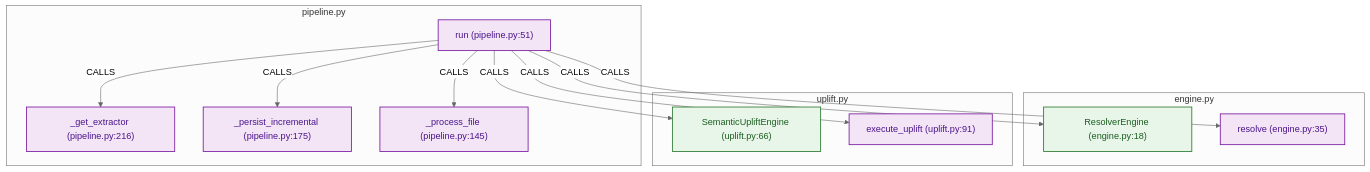
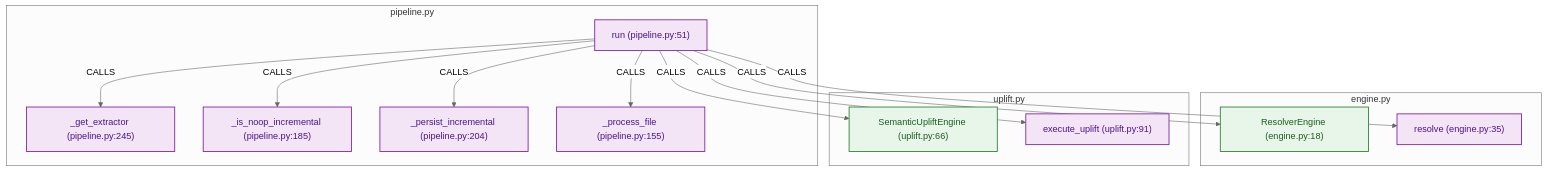
Before and after one commit to zaebee/codegraph-brain: the second of 2 diagrams in README.md, drawn with Mermaid (neutral theme). The commit also changed other lines of this file and 2 other files, not shown here.

Commit message:
docs: auto-sync architecture graph and MCP reference (#197)

````diff
--- a/README.md
+++ b/README.md
@@ -92,32 +92,34 @@
 ```mermaid
 graph TD
 classDef classNode fill:#e8f5e9,stroke:#2e7d32,stroke-width:1.5px,color:#1b5e20;
 classDef funcNode fill:#e3f2fd,stroke:#1565c0,stroke-width:1.5px,color:#0d47a1;
 classDef methodNode fill:#f3e5f5,stroke:#7b1fa2,stroke-width:1.5px,color:#4a148c;
 classDef unresolvedNode fill:#fffde7,stroke:#fbc02d,stroke-width:1.5px,stroke-dasharray: 4 4,color:#f57f17;
 classDef defaultNode fill:#fafafa,stroke:#9e9e9e,stroke-width:1.5px,color:#212121;
 classDef stdlibNode fill:#eceff1,stroke:#607d8b,stroke-width:1px,color:#455a64;
 classDef externalNode fill:#fff3e0,stroke:#e65100,stroke-width:1px,stroke-dasharray: 3 3,color:#bf360c;
 
     subgraph n_9881ca900b7c44fd13c9206dbb6b1f1c["pipeline.py"]
-        n_0f875e605375c329869f67b3fb05ca43["_get_extractor (pipeline.py:216)"]:::methodNode
-        n_705d8fa6977288feb6d561fe353917bd["_persist_incremental (pipeline.py:175)"]:::methodNode
-        n_69ab802205de25759be41c9155266b2c["_process_file (pipeline.py:145)"]:::methodNode
+        n_0f875e605375c329869f67b3fb05ca43["_get_extractor (pipeline.py:245)"]:::methodNode
+        n_19e7df0f25916f44dfc53ee201a07808["_is_noop_incremental (pipeline.py:185)"]:::methodNode
+        n_705d8fa6977288feb6d561fe353917bd["_persist_incremental (pipeline.py:204)"]:::methodNode
+        n_69ab802205de25759be41c9155266b2c["_process_file (pipeline.py:155)"]:::methodNode
         n_380356b2071cde8dd55ba6287e99bd8a["run (pipeline.py:51)"]:::methodNode
     end
     subgraph n_724e82bcada88588298dcf4c3336e3f5["engine.py"]
         n_ebda4de8e05ef057deb454e72894302d["ResolverEngine (engine.py:18)"]:::classNode
         n_e75ca2e29418d9c85a1a14b7069c25d9["resolve (engine.py:35)"]:::methodNode
     end
     subgraph n_b64d9821d81a859afcf762f9892f0b4a["uplift.py"]
         n_2dda32fbe79232f92feae85b97527aff["SemanticUpliftEngine (uplift.py:66)"]:::classNode
         n_aafcdc9602017019ffdfedea66173d0e["execute_uplift (uplift.py:91)"]:::methodNode
     end
     n_380356b2071cde8dd55ba6287e99bd8a -->|CALLS| n_0f875e605375c329869f67b3fb05ca43
     n_380356b2071cde8dd55ba6287e99bd8a -->|CALLS| n_69ab802205de25759be41c9155266b2c
+    n_380356b2071cde8dd55ba6287e99bd8a -->|CALLS| n_19e7df0f25916f44dfc53ee201a07808
     n_380356b2071cde8dd55ba6287e99bd8a -->|CALLS| n_ebda4de8e05ef057deb454e72894302d
     n_380356b2071cde8dd55ba6287e99bd8a -->|CALLS| n_e75ca2e29418d9c85a1a14b7069c25d9
     n_380356b2071cde8dd55ba6287e99bd8a -->|CALLS| n_705d8fa6977288feb6d561fe353917bd
     n_380356b2071cde8dd55ba6287e99bd8a -->|CALLS| n_aafcdc9602017019ffdfedea66173d0e
     n_380356b2071cde8dd55ba6287e99bd8a -->|CALLS| n_2dda32fbe79232f92feae85b97527aff
 ```
````
